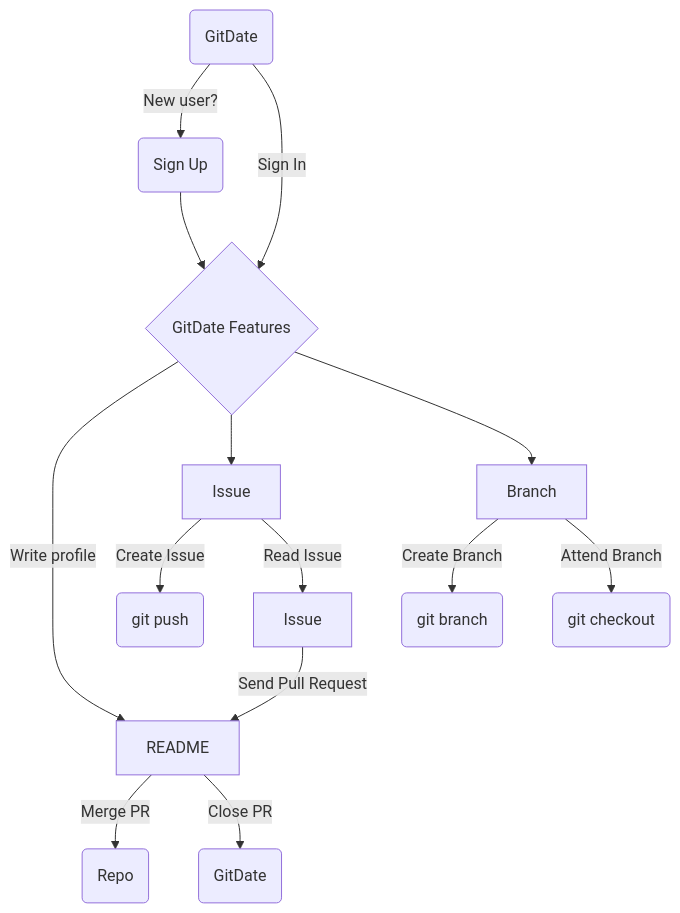
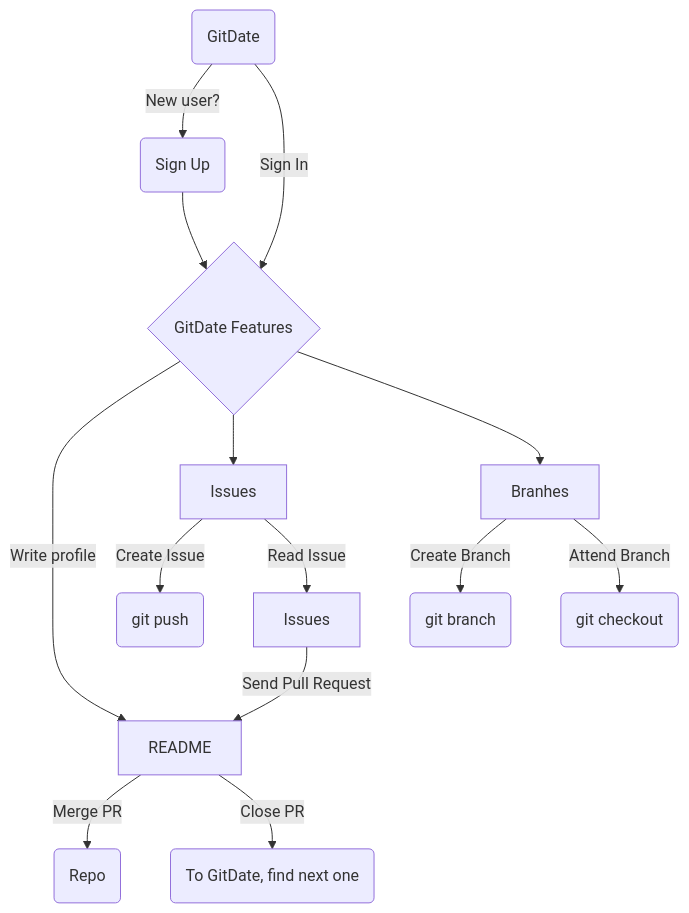
The diagram in README.md (peichincc/GitDate), drawn with Mermaid before and after one commit. The commit also changed other lines of this file, not shown here.

````diff
--- a/README.md
+++ b/README.md
@@ -51,13 +51,13 @@
 ```mermaid
 graph TD
     A(GitDate) -->|New user?| B(Sign Up)
     A --> |Sign In|C{GitDate Features}
     B --> C{GitDate Features}
     C -->|Write profile| D[README]
-    C --> E[Issue] -->|Create Issue| H(git push)
-    E -->|Read Issue| J[Issue] -->|Send Pull Request| D
-        C --> F[Branch] -->|Create Branch| G(git branch)
+    C --> E[Issues] -->|Create Issue| H(git push)
+    E -->|Read Issue| J[Issues] -->|Send Pull Request| D
+        C --> F[Branhes] -->|Create Branch| G(git branch)
     F -->|Attend Branch| I(git checkout)
     D -->|Merge PR| K(Repo)
-    D --> |Close PR| L(GitDate)
+    D --> |Close PR| L(To GitDate, find next one)
 ```
````
